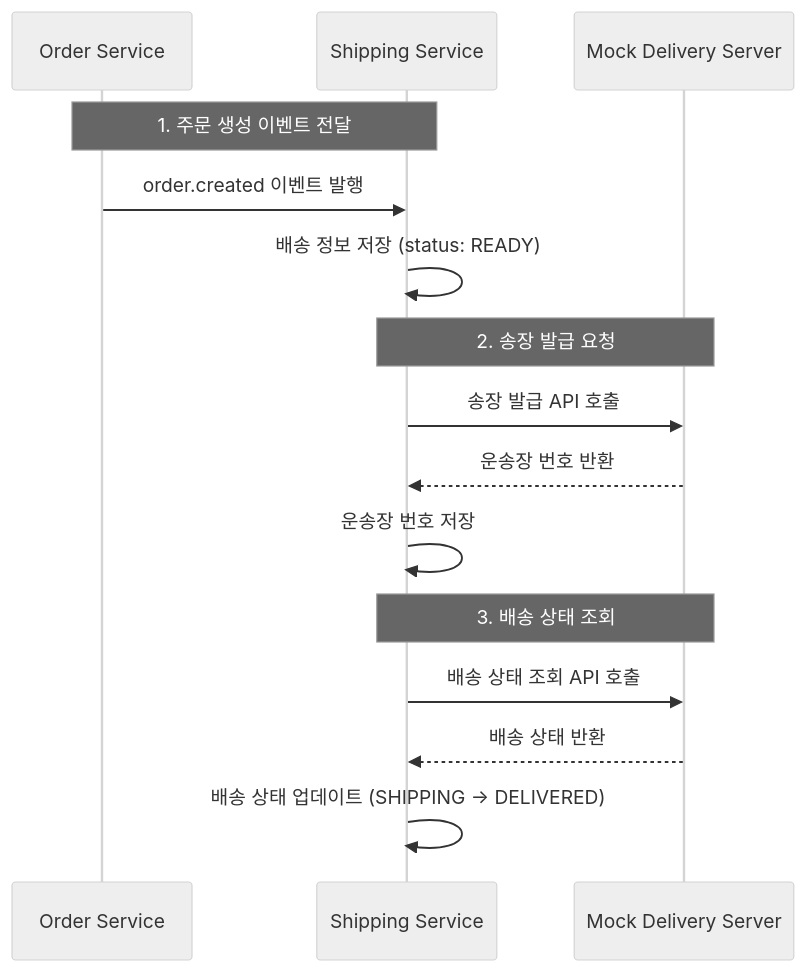
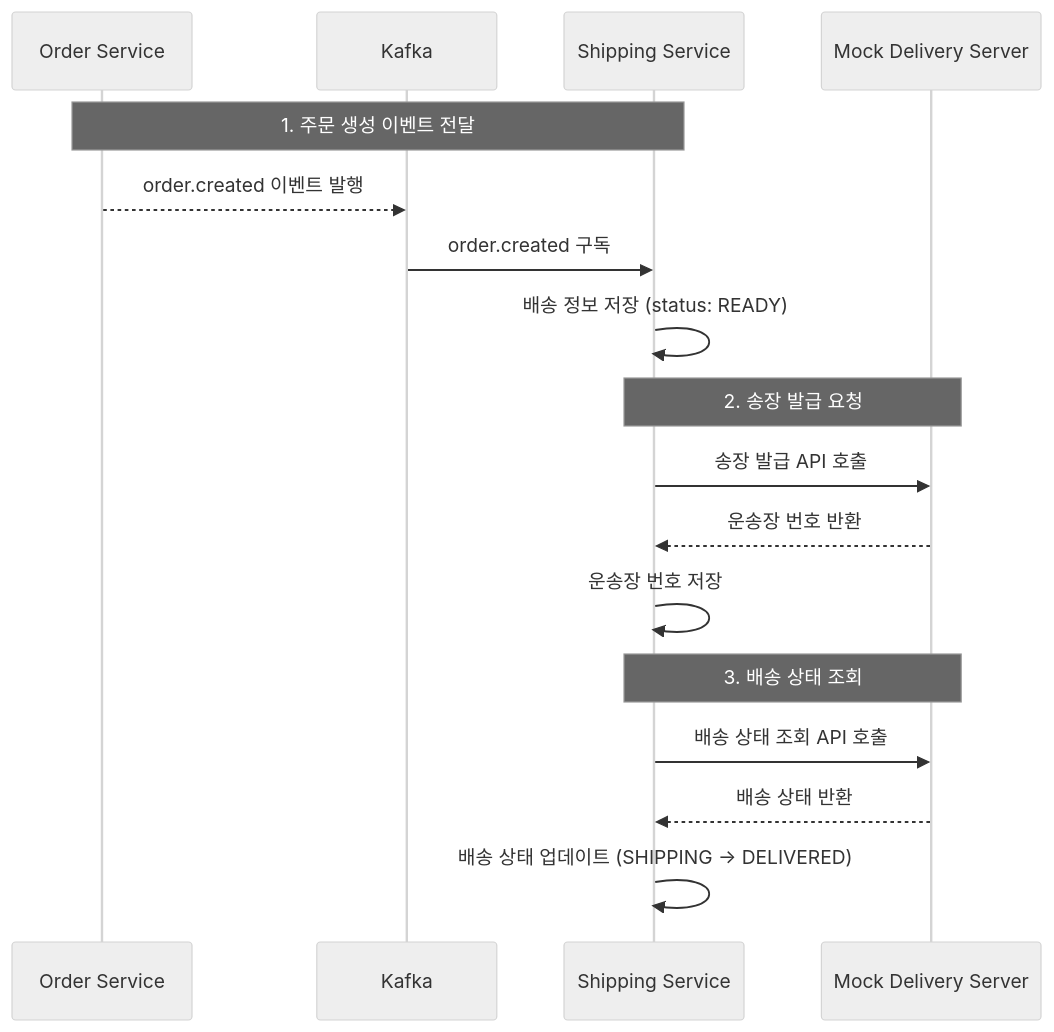
The seventh of 7 diagrams in README.md (gr1993/ecommerce-msa), drawn with Mermaid (neutral theme) before and after one commit. The commit also changed other lines of this file, not shown here.

````diff
--- a/README.md
+++ b/README.md
@@ -282,20 +281,22 @@
 ```mermaid
 sequenceDiagram
     participant Order as Order Service
+    participant Kafka
     participant Ship as Shipping Service
     participant Mock as Mock Delivery Server
 
     Note over Order, Ship: 1. 주문 생성 이벤트 전달
-    Order->>Ship: order.created 이벤트 발행
+    Order-->>Kafka: order.created 이벤트 발행
+    Kafka->>Ship: order.created 구독
     Ship->>Ship: 배송 정보 저장 (status: READY)
 
     Note over Ship, Mock: 2. 송장 발급 요청
     Ship->>Mock: 송장 발급 API 호출
     Mock-->>Ship: 운송장 번호 반환
     Ship->>Ship: 운송장 번호 저장
 
     Note over Ship, Mock: 3. 배송 상태 조회
     Ship->>Mock: 배송 상태 조회 API 호출
     Mock-->>Ship: 배송 상태 반환
     Ship->>Ship: 배송 상태 업데이트 (SHIPPING → DELIVERED)
 ```
````
